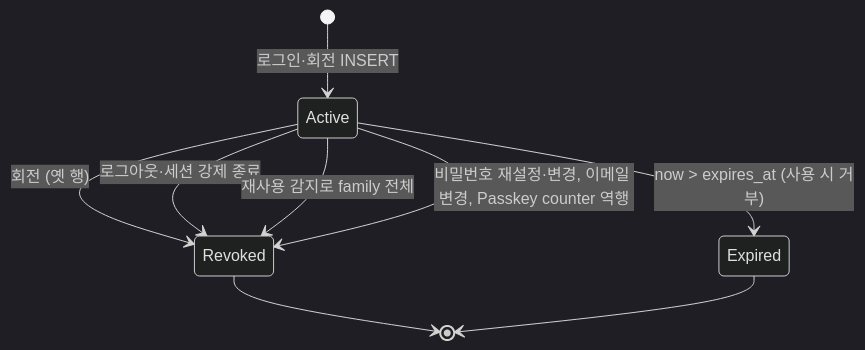
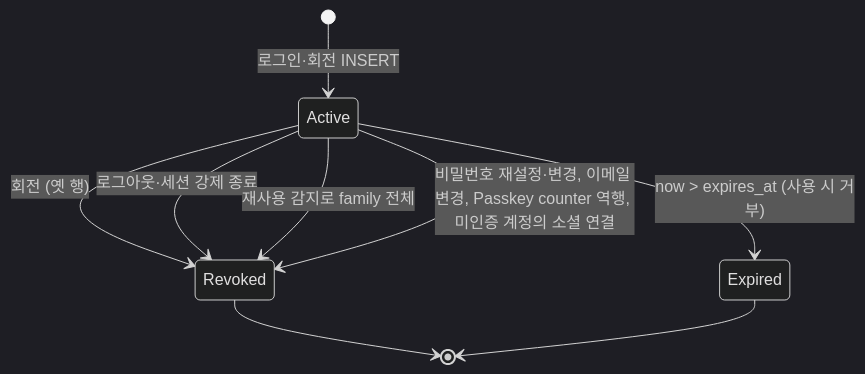
Before and after one commit to worker-ants/clemvion: the sixth of 6 diagrams in spec/CLE-ACCT/CLE-ACCT-DATA-AUTH.md, drawn with Mermaid (dark theme). The commit also changed other lines of this file and 21 other files, not shown here.

````diff
--- a/spec/CLE-ACCT/CLE-ACCT-DATA-AUTH.md
+++ b/spec/CLE-ACCT/CLE-ACCT-DATA-AUTH.md
@@ -212,11 +226,11 @@
 ```mermaid
 stateDiagram-v2
   [*] --> Active: 로그인·회전 INSERT
   Active --> Revoked: 회전 (옛 행)
   Active --> Revoked: 로그아웃·세션 강제 종료
   Active --> Revoked: 재사용 감지로 family 전체
-  Active --> Revoked: 비밀번호 재설정·변경, 이메일 변경, Passkey counter 역행
+  Active --> Revoked: 비밀번호 재설정·변경, 이메일 변경, Passkey counter 역행, 미인증 계정의 소셜 연결
   Active --> Expired: now > expires_at (사용 시 거부)
   Revoked --> [*]
   Expired --> [*]
 ```
````
